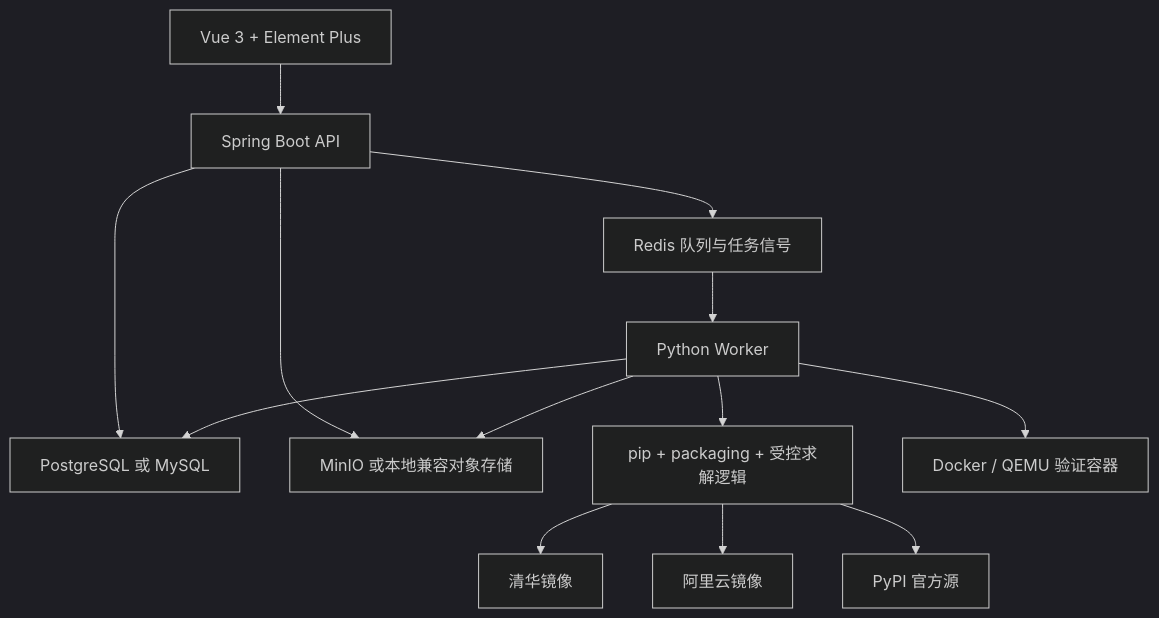
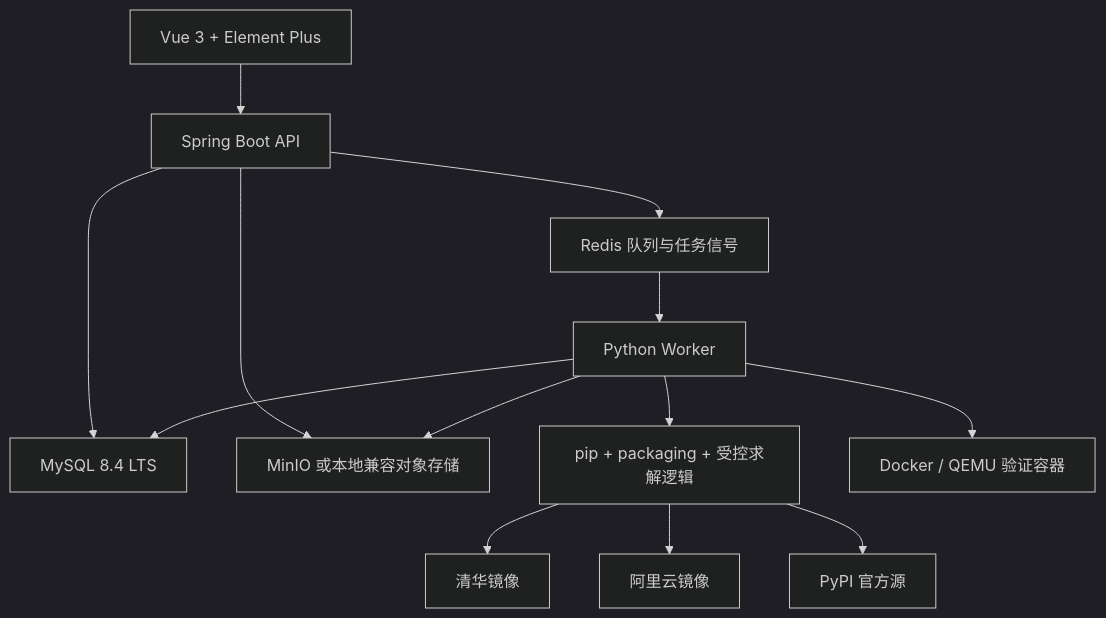
The first of 2 diagrams in docs/superpowers/specs/2026-07-22-wheelforge-backend-worker-design.md (Endorphin1203/wheelforge), drawn with Mermaid (dark theme) before and after one commit. The commit also changed other lines of this file, not shown here.

Commit message:
docs: standardize WheelForge on MySQL

````diff
--- a/docs/superpowers/specs/2026-07-22-wheelforge-backend-worker-design.md
+++ b/docs/superpowers/specs/2026-07-22-wheelforge-backend-worker-design.md
@@ -99,15 +100,15 @@
 ```mermaid
 flowchart TD
     UI["Vue 3 + Element Plus"] --> API["Spring Boot API"]
-    API --> DB["PostgreSQL 或 MySQL"]
+    API --> DB["MySQL 8.4 LTS"]
     API --> Redis["Redis 队列与任务信号"]
     API --> Storage["MinIO 或本地兼容对象存储"]
     Redis --> Worker["Python Worker"]
     Worker --> Resolver["pip + packaging + 受控求解逻辑"]
     Worker --> Container["Docker / QEMU 验证容器"]
     Resolver --> TUNA["清华镜像"]
     Resolver --> Ali["阿里云镜像"]
     Resolver --> PyPI["PyPI 官方源"]
     Worker --> Storage
     Worker --> DB
 ```
````
